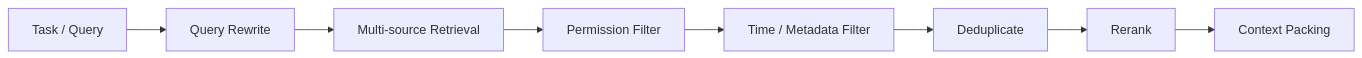
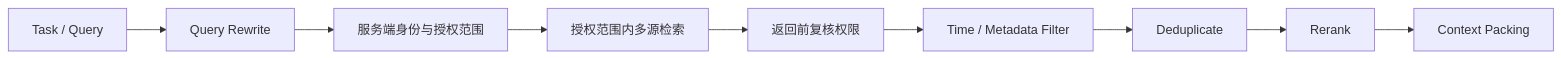
The ninth of 15 diagrams in docs/agent/03-memory-context/07-agent-memory.md (oneleaveknowsthefall/awesome-ai-roadmap), drawn with Mermaid before and after one commit. The commit also changed other lines of this file and 50 other files, not shown here.

````diff
--- a/docs/agent/03-memory-context/07-agent-memory.md
+++ b/docs/agent/03-memory-context/07-agent-memory.md
@@ -517,10 +533,11 @@
 ```mermaid
 flowchart LR
     Q[Task / Query] --> QR[Query Rewrite]
-    QR --> MR[Multi-source Retrieval]
-    MR --> ACL[Permission Filter]
+    QR --> SCOPE[服务端身份与授权范围]
+    SCOPE --> MR[授权范围内多源检索]
+    MR --> ACL[返回前复核权限]
     ACL --> TF[Time / Metadata Filter]
     TF --> DD[Deduplicate]
     DD --> RR[Rerank]
     RR --> PACK[Context Packing]
 ```
````
